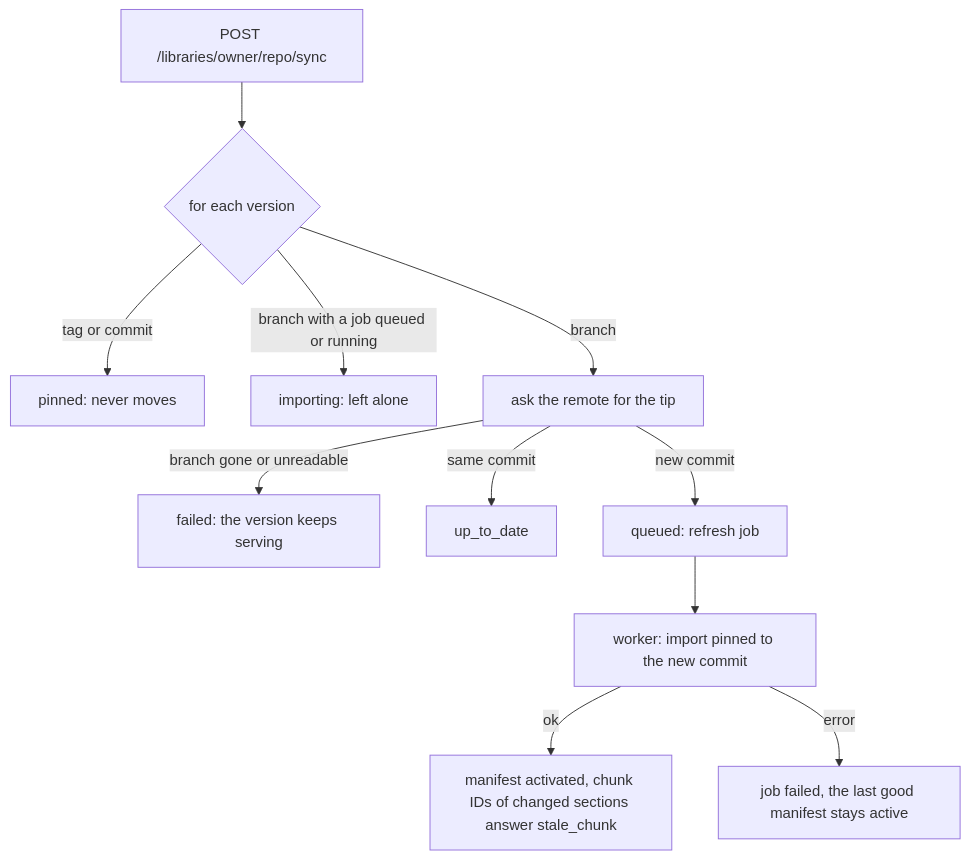
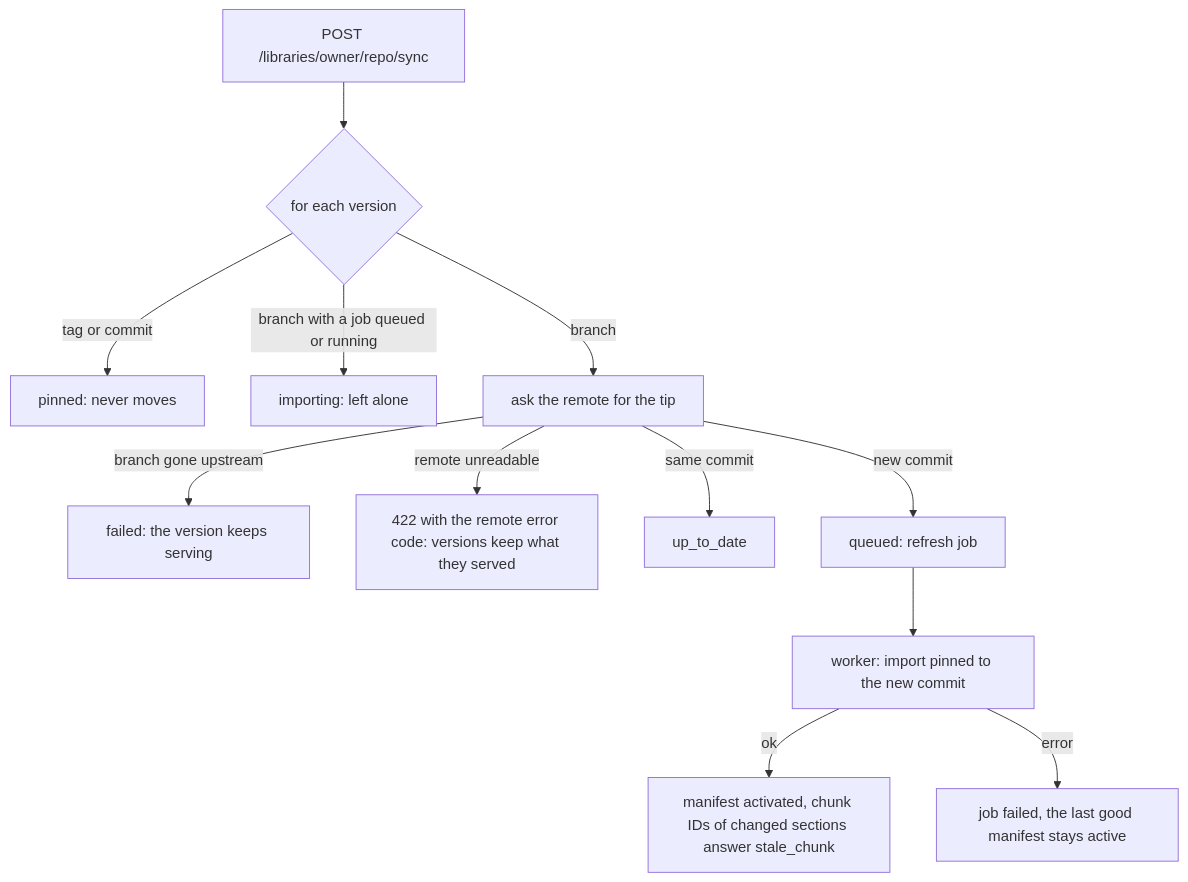
Before and after one commit to SirCypkowskyy/ExactDocs: the second of 5 diagrams in docs/flows.md, drawn with Mermaid. The commit also changed 8 other files, not shown here.

Commit message:
docs: review fixes (git requirement, telemetry wording, pinned mermaid, labels) (#123)

````diff
--- a/docs/flows.md
+++ b/docs/flows.md
@@ -57,13 +57,14 @@
 ```mermaid
 flowchart TD
     sync["POST /libraries/owner/repo/sync"] --> each{"for each version"}
     each -->|tag or commit| pinned["pinned: never moves"]
     each -->|branch with a job queued or running| importing["importing: left alone"]
     each -->|branch| ask["ask the remote for the tip"]
-    ask -->|branch gone or unreadable| failed["failed: the version keeps serving"]
+    ask -->|branch gone upstream| failed["failed: the version keeps serving"]
+    ask -->|remote unreadable| err422["422 with the remote error code: versions keep what they served"]
     ask -->|same commit| uptodate["up_to_date"]
     ask -->|new commit| queued["queued: refresh job"]
     queued --> run["worker: import pinned to the new commit"]
     run -->|ok| swap["manifest activated, chunk IDs of changed sections answer stale_chunk"]
     run -->|error| keep["job failed, the last good manifest stays active"]
 ```
````
